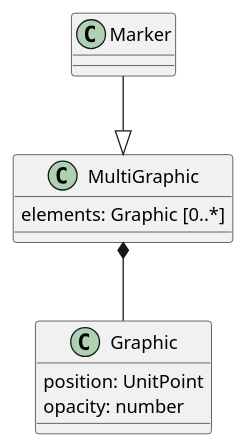
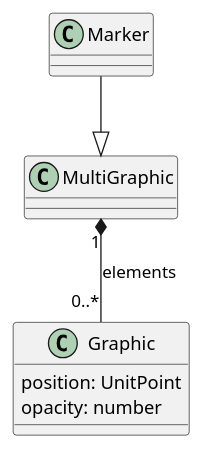
The seventh of 10 diagrams in 1-core/sections/clause_8_vector.adoc (opengeospatial/cartographic-symbology), drawn with PlantUML before and after one commit. The commit also changed other lines of this file and 2 other files, not shown here.

Commit message:
Vector, coverage and labeling UML: show the listed properties as associations only

```diff
--- a/1-core/sections/clause_8_vector.adoc
+++ b/1-core/sections/clause_8_vector.adoc
@@ -219,12 +212,11 @@
 [plantuml, target=diagram-classes, format=png]
 ....
 @startuml
 Marker --|> MultiGraphic
 
-MultiGraphic : elements: Graphic [0..*]
-MultiGraphic *-- Graphic
+MultiGraphic "1" *-- "0..*" Graphic : elements
 
 Graphic : position: UnitPoint
 Graphic : opacity: number
 @enduml
 ....
```
